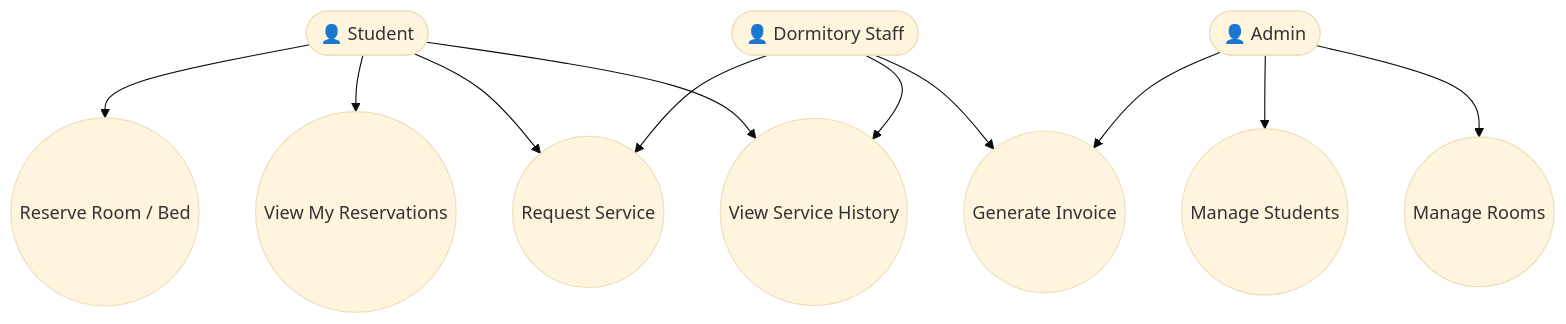
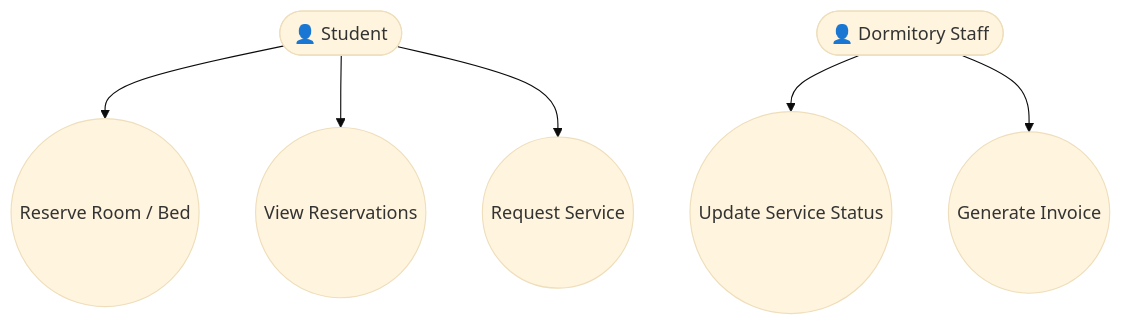
The diagram in docs/usecase_diagram.md (najemeh/Dormitory-Management-System), drawn with Mermaid (base theme) before and after one commit.

````diff
--- a/docs/usecase_diagram.md
+++ b/docs/usecase_diagram.md
@@ -1,31 +1,22 @@
 ```mermaid
 flowchart TD
 
     %% Actors
     Student([👤 Student])
     Staff([👤 Dormitory Staff])
-    Admin([👤 Admin])
 
     %% Use Cases
     UC1((Reserve Room / Bed))
-    UC2((View My Reservations))
+    UC2((View Reservations))
     UC3((Request Service))
-    UC4((Manage Students))
-    UC5((Manage Rooms))
-    UC6((Generate Invoice))
-    UC7((View Service History))
+    UC4((Update Service Status))
+    UC5((Generate Invoice))
 
     %% Connections
     Student --> UC1
     Student --> UC2
     Student --> UC3
-    Student --> UC7
 
-    Staff --> UC3
-    Staff --> UC6
-    Staff --> UC7
-
-    Admin --> UC4
-    Admin --> UC5
-    Admin --> UC6
+    Staff --> UC4
+    Staff --> UC5
 ```
````
